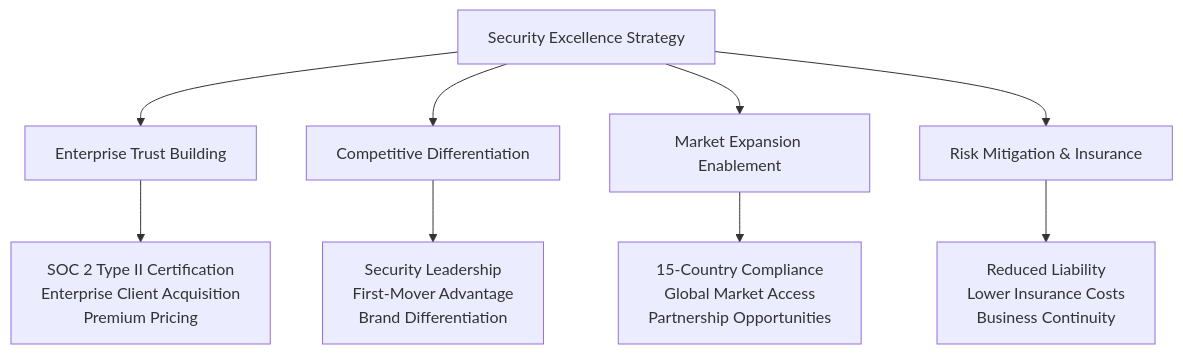
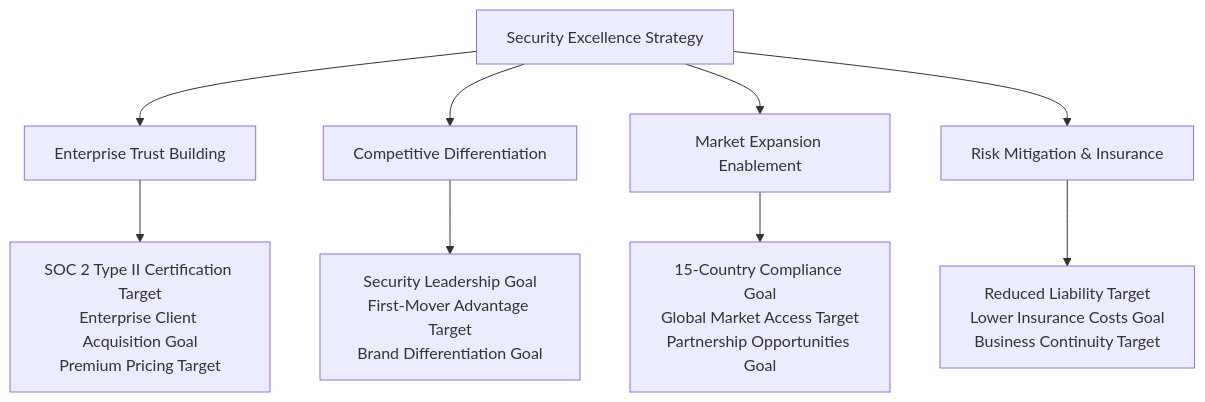
Before and after one commit to mydr24/book: the first of 2 diagrams in chapters/07-security-compliance.md, drawn with Mermaid. The commit also changed other lines of this file and 15 other files, not shown here.

````diff
--- a/chapters/07-security-compliance.md
+++ b/chapters/07-security-compliance.md
@@ -13,12 +15,12 @@
 ```mermaid
 graph TB
     A[Security Excellence Strategy] --> B[Enterprise Trust Building]
     A --> C[Competitive Differentiation]
     A --> D[Market Expansion Enablement]
     A --> E[Risk Mitigation & Insurance]
     
-    B --> F[SOC 2 Type II Certification<br/>Enterprise Client Acquisition<br/>Premium Pricing]
-    C --> G[Security Leadership<br/>First-Mover Advantage<br/>Brand Differentiation]
-    D --> H[15-Country Compliance<br/>Global Market Access<br/>Partnership Opportunities]
-    E --> I[Reduced Liability<br/>Lower Insurance Costs<br/>Business Continuity]
+    B --> F[SOC 2 Type II Certification Target<br/>Enterprise Client Acquisition Goal<br/>Premium Pricing Target]
+    C --> G[Security Leadership Goal<br/>First-Mover Advantage Target<br/>Brand Differentiation Goal]
+    D --> H[15-Country Compliance Goal<br/>Global Market Access Target<br/>Partnership Opportunities Goal]
+    E --> I[Reduced Liability Target<br/>Lower Insurance Costs Goal<br/>Business Continuity Target]
 ```
````
